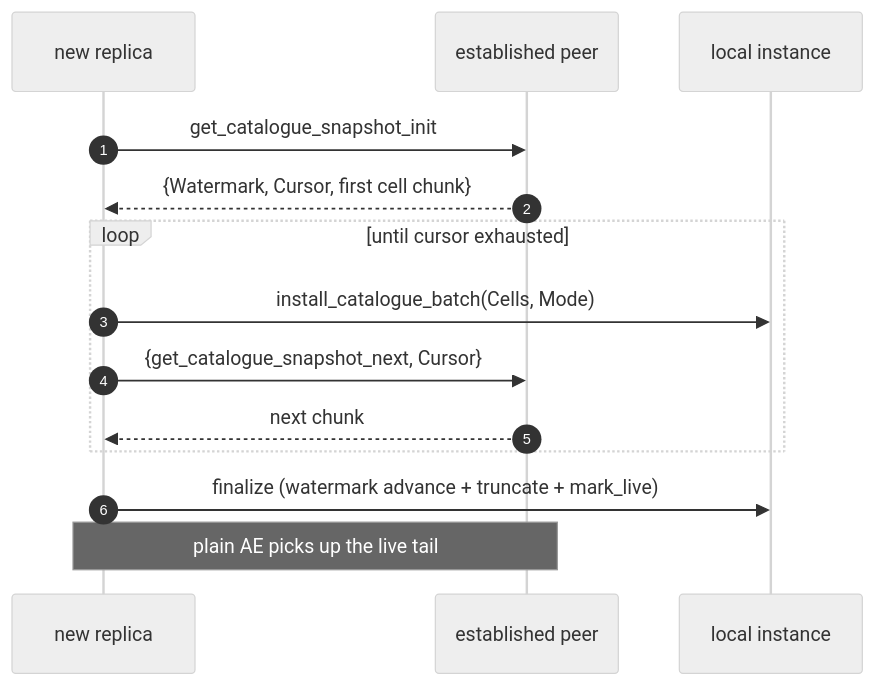
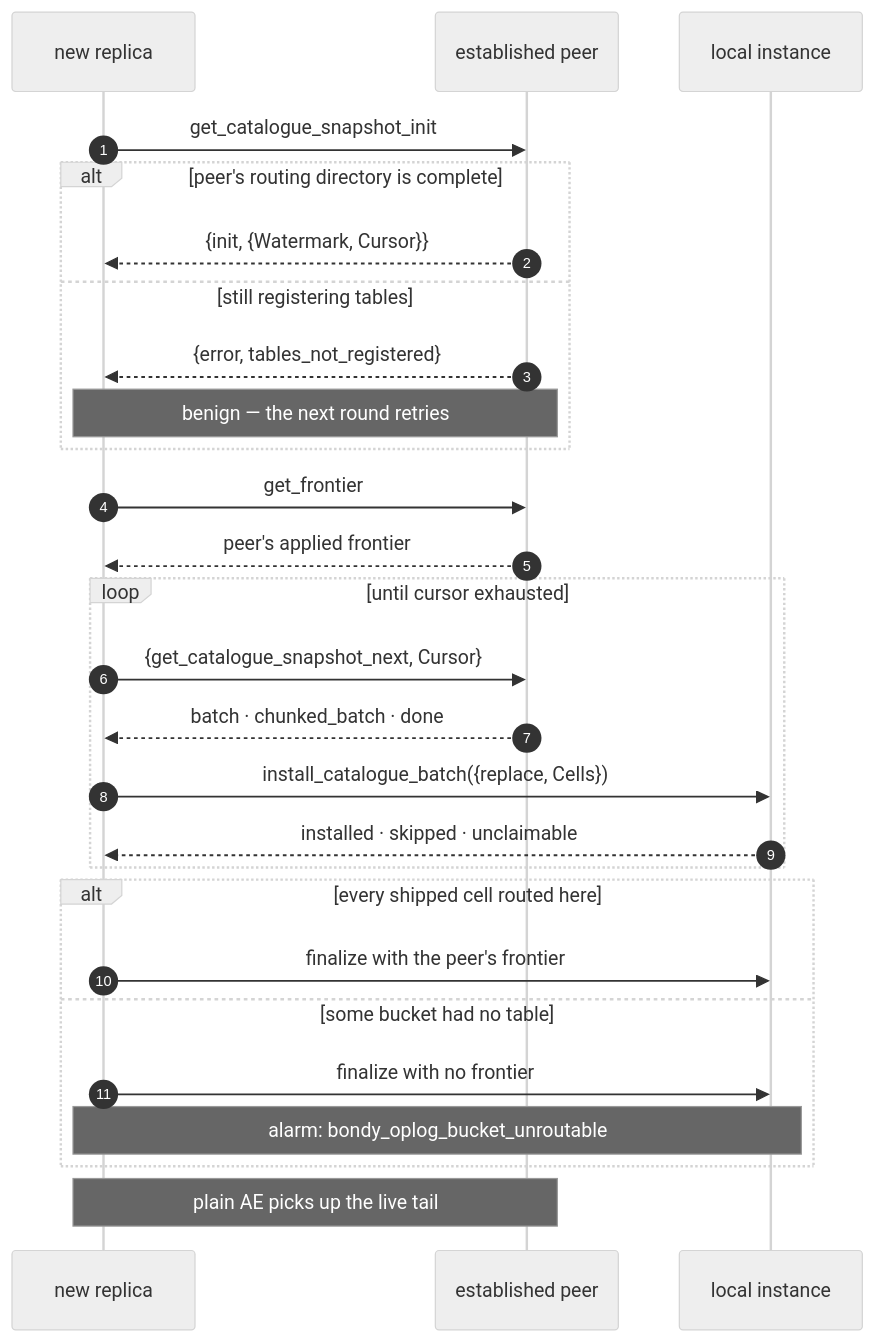
Diagram 12 of 16 in apps/bondy_db/doc_extras/architecture/06_compaction_and_bootstrap.md (bondy-io/bondy), drawn with Mermaid (neutral theme) before and after one commit. The commit also changed other lines of this file and 127 other files, not shown here.

````diff
--- a/apps/bondy_db/doc_extras/architecture/06_compaction_and_bootstrap.md
+++ b/apps/bondy_db/doc_extras/architecture/06_compaction_and_bootstrap.md
@@ -724,17 +765,30 @@
 ```mermaid
 sequenceDiagram
     autonumber
     participant New as new replica
     participant Peer as established peer
     participant Local as local instance
 
     New->>Peer: get_catalogue_snapshot_init
-    Peer-->>New: {Watermark, Cursor, first cell chunk}
+    alt peer's routing directory is complete
+        Peer-->>New: {init, {Watermark, Cursor}}
+    else still registering tables
+        Peer-->>New: {error, tables_not_registered}
+        Note over New,Peer: benign — the next round retries
+    end
+    New->>Peer: get_frontier
+    Peer-->>New: peer's applied frontier
     loop until cursor exhausted
-        New->>Local: install_catalogue_batch(Cells, Mode)
         New->>Peer: {get_catalogue_snapshot_next, Cursor}
-        Peer-->>New: next chunk
+        Peer-->>New: batch · chunked_batch · done
+        New->>Local: install_catalogue_batch({replace, Cells})
+        Local-->>New: installed · skipped · unclaimable
     end
-    New->>Local: finalize (watermark advance + truncate + mark_live)
+    alt every shipped cell routed here
+        New->>Local: finalize with the peer's frontier
+    else some bucket had no table
+        New->>Local: finalize with no frontier
+        Note over New,Local: alarm: bondy_oplog_bucket_unroutable
+    end
     Note over New,Peer: plain AE picks up the live tail
 ```
````
